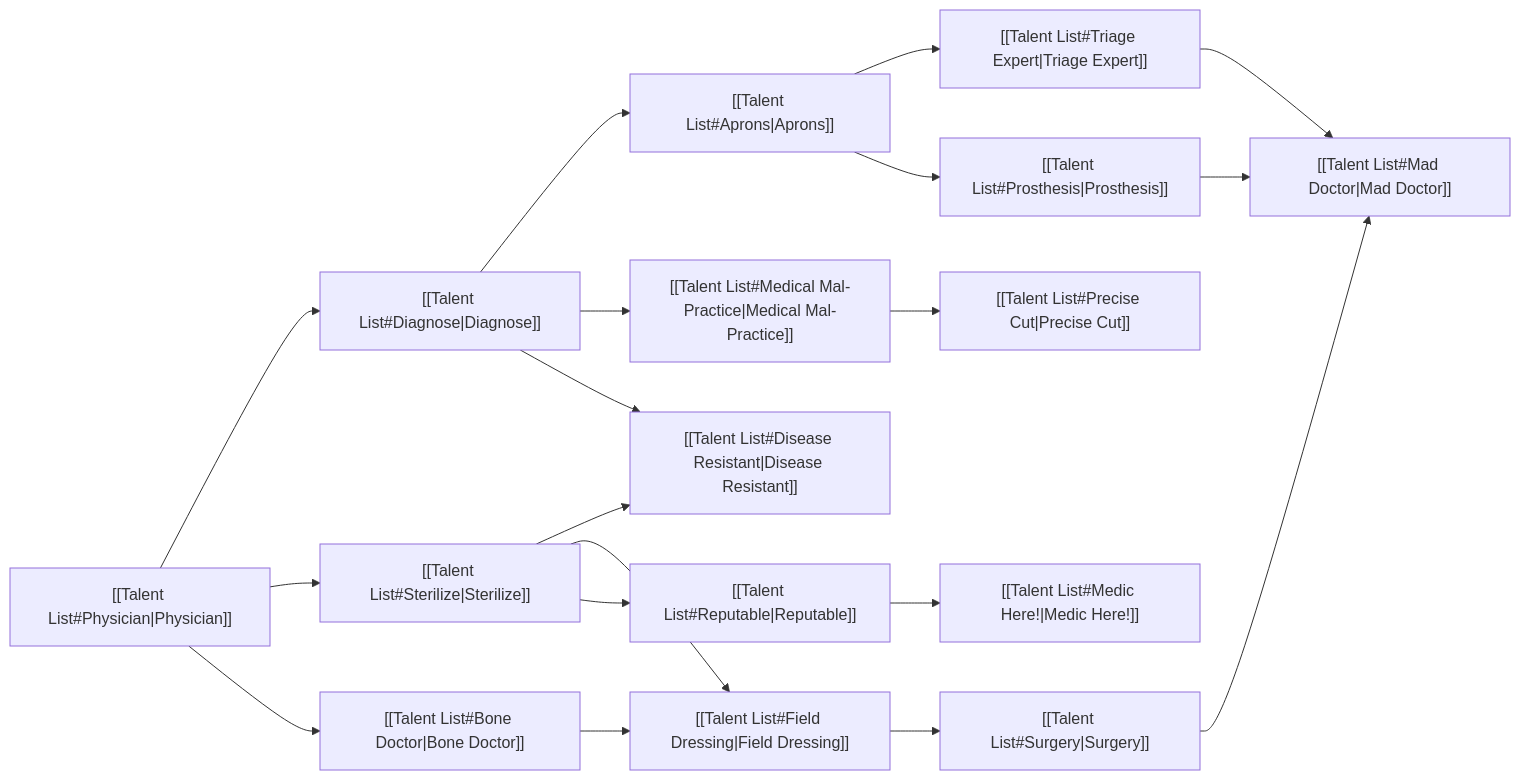
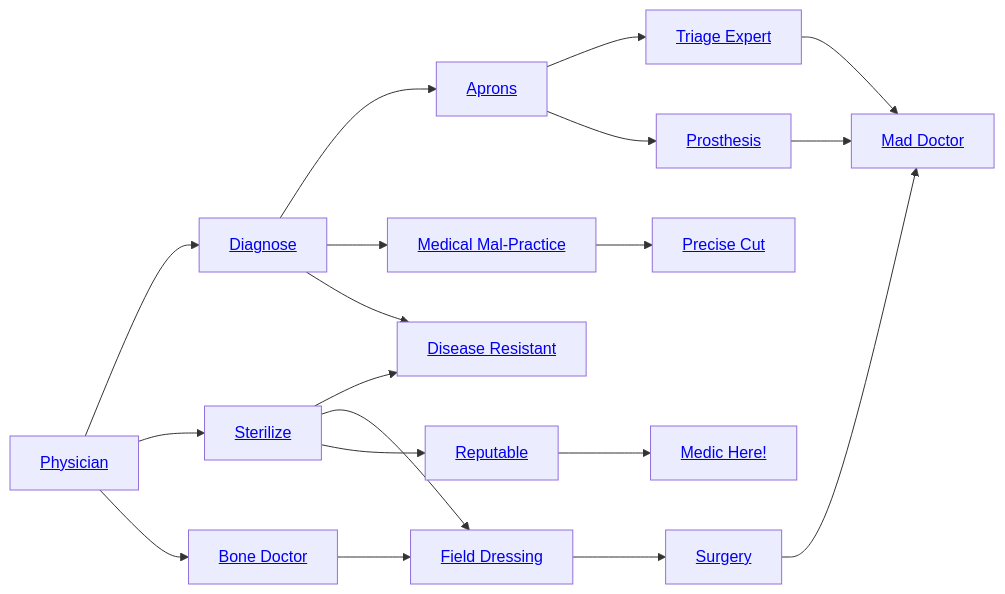
The third of 9 diagrams in quartz/content/Characters/Talents/Talent Trees.md (donutrj/verdigris), drawn with Mermaid before and after one commit. The commit also changed other lines of this file, not shown here.

First line of the commit message:
Convert Mermaid links to functional web links using Python script

````diff
--- a/quartz/content/Characters/Talents/Talent Trees.md
+++ b/quartz/content/Characters/Talents/Talent Trees.md
@@ -65,39 +65,39 @@
 ``` mermaid
 graph LR
 
-A["[[Talent List#Physician|Physician]]"]
-B["[[Talent List#Diagnose|Diagnose]]"]
-C["[[Talent List#Sterilize|Sterilize]]"]
-D["[[Talent List#Aprons|Aprons]]"]
-E["[[Talent List#Medical Mal-Practice|Medical Mal-Practice]]"]
-F["[[Talent List#Reputable|Reputable]]"]
-G["[[Talent List#Field Dressing|Field Dressing]]"]
-H["[[Talent List#Disease Resistant|Disease Resistant]]"]
-I["[[Talent List#Precise Cut|Precise Cut]]"]
-J["[[Talent List#Prosthesis|Prosthesis]]"]
-K["[[Talent List#Surgery|Surgery]]"]
-L["[[Talent List#Triage Expert|Triage Expert]]"]
-O["[[Talent List#Mad Doctor|Mad Doctor]]"]
-P["[[Talent List#Medic Here!|Medic Here!]]"]
-M["[[Talent List#Bone Doctor|Bone Doctor]]"]
+A[<a href="/Characters/Talents/talent-list#physician">Physician</a>]
+B[<a href="/Characters/Talents/talent-list#diagnose">Diagnose</a>]
+C[<a href="/Characters/Talents/talent-list#sterilize">Sterilize</a>]
+D[<a href="/Characters/Talents/talent-list#aprons">Aprons</a>]
+E[<a href="/Characters/Talents/talent-list#medical-mal-practice">Medical Mal-Practice</a>]
+F[<a href="/Characters/Talents/talent-list#reputable">Reputable</a>]
+G[<a href="/Characters/Talents/talent-list#field-dressing">Field Dressing</a>]
+H[<a href="/Characters/Talents/talent-list#disease-resistant">Disease Resistant</a>]
+I[<a href="/Characters/Talents/talent-list#precise-cut">Precise Cut</a>]
+J[<a href="/Characters/Talents/talent-list#prosthesis">Prosthesis</a>]
+K[<a href="/Characters/Talents/talent-list#surgery">Surgery</a>]
+L[<a href="/Characters/Talents/talent-list#triage-expert">Triage Expert</a>]
+O[<a href="/Characters/Talents/talent-list#mad-doctor">Mad Doctor</a>]
+P[<a href="/Characters/Talents/talent-list#medic-here">Medic Here!</a>]
+M[<a href="/Characters/Talents/talent-list#bone-doctor">Bone Doctor</a>]
 
 A --> B
 A --> C
 A --> M
 C --> H
 C --> G
 B --> D
 B --> E
 C --> F
 E --> I
 G --> K
 D --> L
 D --> J
 F --> P
 K --> O
 L --> O
 J --> O
 B --> H
 M --> G
 
 ```
````
